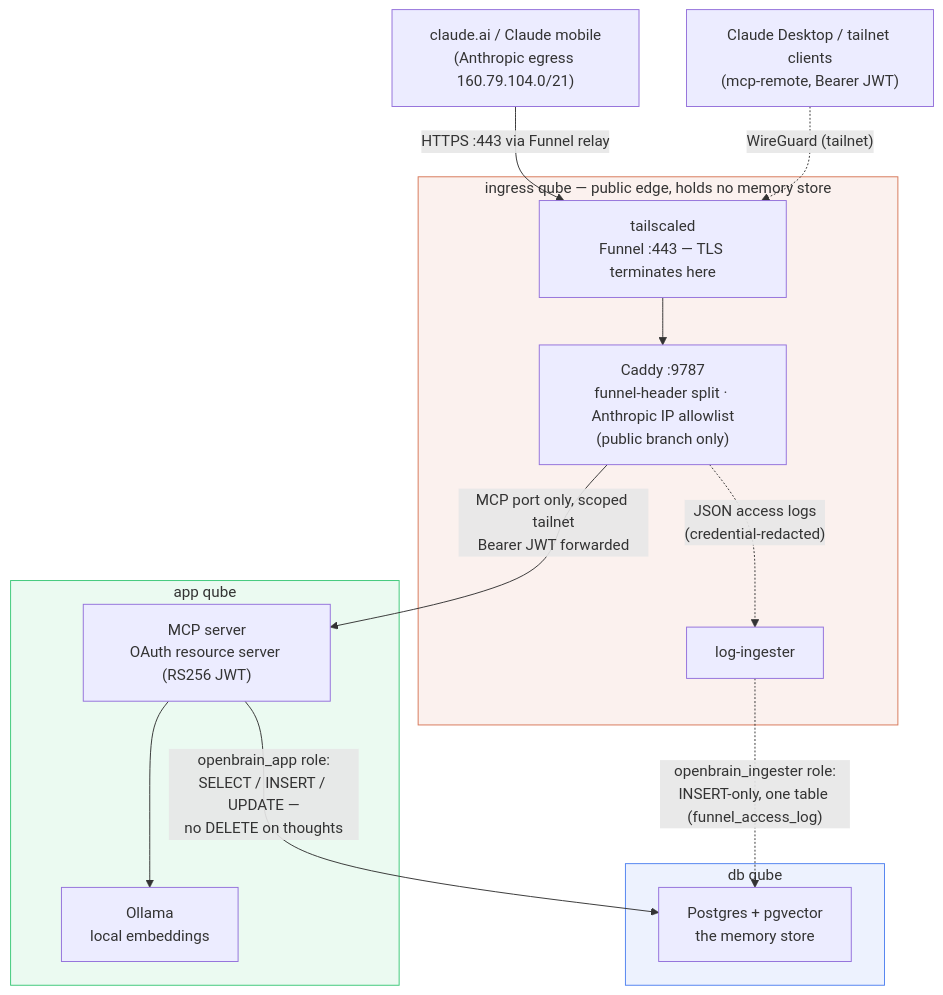
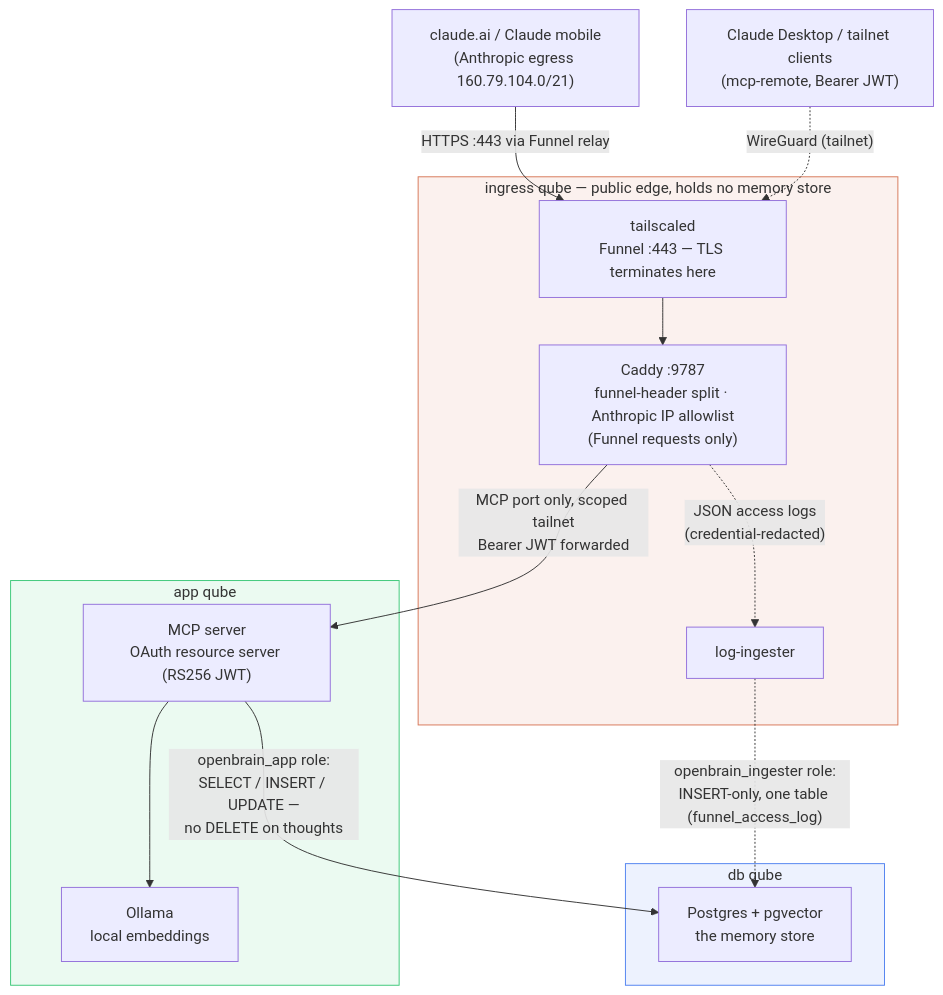
The first of 2 diagrams in README.md (lcjanke2020/ob1-selfhosted), drawn with Mermaid before and after one commit.

Commit message:
Clarify allowlist scope label: "(Funnel requests only)" not "(public branch only)"
"branch" could be misread as a git branch next to the badge discussion;
"Funnel requests" matches the Funnel-branch/Tailnet-branch vocabulary the
detailed diagram already uses.

````diff
--- a/README.md
+++ b/README.md
@@ -31,33 +31,33 @@
 ```mermaid
 flowchart TB
     CL["claude.ai / Claude mobile<br/>(Anthropic egress 160.79.104.0/21)"]
     CD["Claude Desktop / tailnet clients<br/>(mcp-remote, Bearer JWT)"]
 
     subgraph ING["ingress qube — public edge, holds no memory store"]
         TS["tailscaled<br/>Funnel :443 — TLS terminates here"]
-        CA["Caddy :9787<br/>funnel-header split · Anthropic IP allowlist<br/>(public branch only)"]
+        CA["Caddy :9787<br/>funnel-header split · Anthropic IP allowlist<br/>(Funnel requests only)"]
         LI["log-ingester"]
         TS --> CA
         CA -. "JSON access logs<br/>(credential-redacted)" .-> LI
     end
 
     subgraph APP["app qube"]
         MCP["MCP server<br/>OAuth resource server (RS256 JWT)"]
         OL["Ollama<br/>local embeddings"]
         MCP --> OL
     end
 
     subgraph DBQ["db qube"]
         PG["Postgres + pgvector<br/>the memory store"]
     end
 
     CL -- "HTTPS :443 via Funnel relay" --> TS
     CD -. "WireGuard (tailnet)" .-> TS
     CA -- "MCP port only, scoped tailnet<br/>Bearer JWT forwarded" --> MCP
     MCP -- "openbrain_app role:<br/>SELECT / INSERT / UPDATE —<br/>no DELETE on thoughts" --> PG
     LI -. "openbrain_ingester role:<br/>INSERT-only, one table (funnel_access_log)" .-> PG
 
     style ING fill:#d777571a,stroke:#d77757
     style APP fill:#3cc8781a,stroke:#3cc878
     style DBQ fill:#5082f01a,stroke:#5082f0
 ```
````
